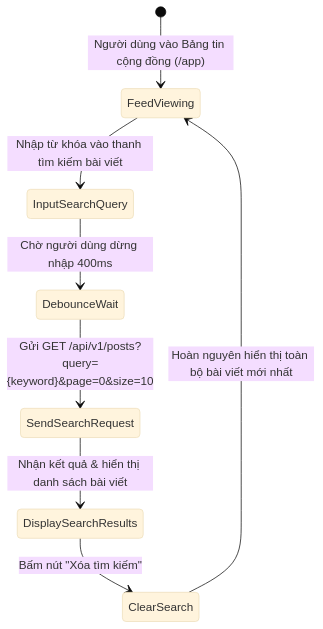
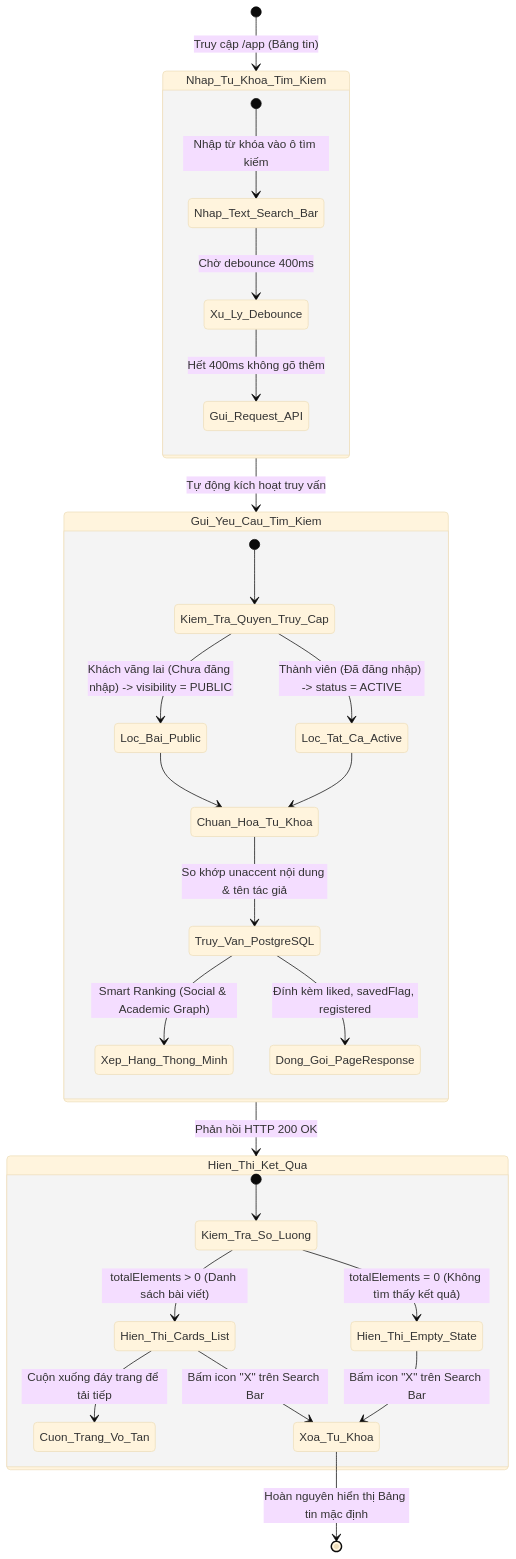
Before and after one commit to Alumnect/Alumnect: the first of 3 diagrams in docs/update_SRS/SRS_UC_UC35_Search_Post.md, drawn with Mermaid (base theme). The commit also changed other lines of this file and 14 other files, not shown here.

Commit message:
docs(srs): cap nhat va chuan hoa toan bo tai lieu dac ta SRS theo mau chuan

````diff
--- a/docs/update_SRS/SRS_UC_UC35_Search_Post.md
+++ b/docs/update_SRS/SRS_UC_UC35_Search_Post.md
@@ -7,10 +7,39 @@
 ```mermaid
 stateDiagram-v2
-    [*] --> FeedViewing : Người dùng vào Bảng tin cộng đồng (/app)
-    FeedViewing --> InputSearchQuery : Nhập từ khóa vào thanh tìm kiếm bài viết
-    InputSearchQuery --> DebounceWait : Chờ người dùng dừng nhập 400ms
-    DebounceWait --> SendSearchRequest : Gửi GET /api/v1/posts?query={keyword}&page=0&size=10
-    SendSearchRequest --> DisplaySearchResults : Nhận kết quả & hiển thị danh sách bài viết
-    DisplaySearchResults --> ClearSearch : Bấm nút "Xóa tìm kiếm"
-    ClearSearch --> FeedViewing : Hoàn nguyên hiển thị toàn bộ bài viết mới nhất
+    [*] --> Nhap_Tu_Khoa_Tim_Kiem : Truy cập /app (Bảng tin)
+    
+    state Nhap_Tu_Khoa_Tim_Kiem {
+        [*] --> Nhap_Text_Search_Bar : Nhập từ khóa vào ô tìm kiếm
+        Nhap_Text_Search_Bar --> Xu_Ly_Debounce : Chờ debounce 400ms
+        Xu_Ly_Debounce --> Gui_Request_API : Hết 400ms không gõ thêm
+    }
+
+    Nhap_Tu_Khoa_Tim_Kiem --> Gui_Yeu_Cau_Tim_Kiem : Tự động kích hoạt truy vấn
+    
+    state Gui_Yeu_Cau_Tim_Kiem {
+        [*] --> Kiem_Tra_Quyen_Truy_Cap
+        Kiem_Tra_Quyen_Truy_Cap --> Loc_Bai_Public : Khách vãng lai (Chưa đăng nhập) -> visibility = PUBLIC
+        Kiem_Tra_Quyen_Truy_Cap --> Loc_Tat_Ca_Active : Thành viên (Đã đăng nhập) -> status = ACTIVE
+        
+        Loc_Bai_Public --> Chuan_Hoa_Tu_Khoa
+        Loc_Tat_Ca_Active --> Chuan_Hoa_Tu_Khoa
+        
+        Chuan_Hoa_Tu_Khoa --> Truy_Van_PostgreSQL : So khớp unaccent nội dung & tên tác giả
+        Truy_Van_PostgreSQL --> Xep_Hang_Thong_Minh : Smart Ranking (Social & Academic Graph)
+        Truy_Van_PostgreSQL --> Dong_Goi_PageResponse : Đính kèm liked, savedFlag, registered
+    }
+
+    Gui_Yeu_Cau_Tim_Kiem --> Hien_Thi_Ket_Qua : Phản hồi HTTP 200 OK
+    
+    state Hien_Thi_Ket_Qua {
+        [*] --> Kiem_Tra_So_Luong
+        Kiem_Tra_So_Luong --> Hien_Thi_Cards_List : totalElements > 0 (Danh sách bài viết)
+        Kiem_Tra_So_Luong --> Hien_Thi_Empty_State : totalElements = 0 (Không tìm thấy kết quả)
+        
+        Hien_Thi_Cards_List --> Cuon_Trang_Vo_Tan : Cuộn xuống đáy trang để tải tiếp
+        Hien_Thi_Cards_List --> Xoa_Tu_Khoa : Bấm icon "X" trên Search Bar
+        Hien_Thi_Empty_State --> Xoa_Tu_Khoa : Bấm icon "X" trên Search Bar
+    }
+
+    Xoa_Tu_Khoa --> [*] : Hoàn nguyên hiển thị Bảng tin mặc định
 ```
````
